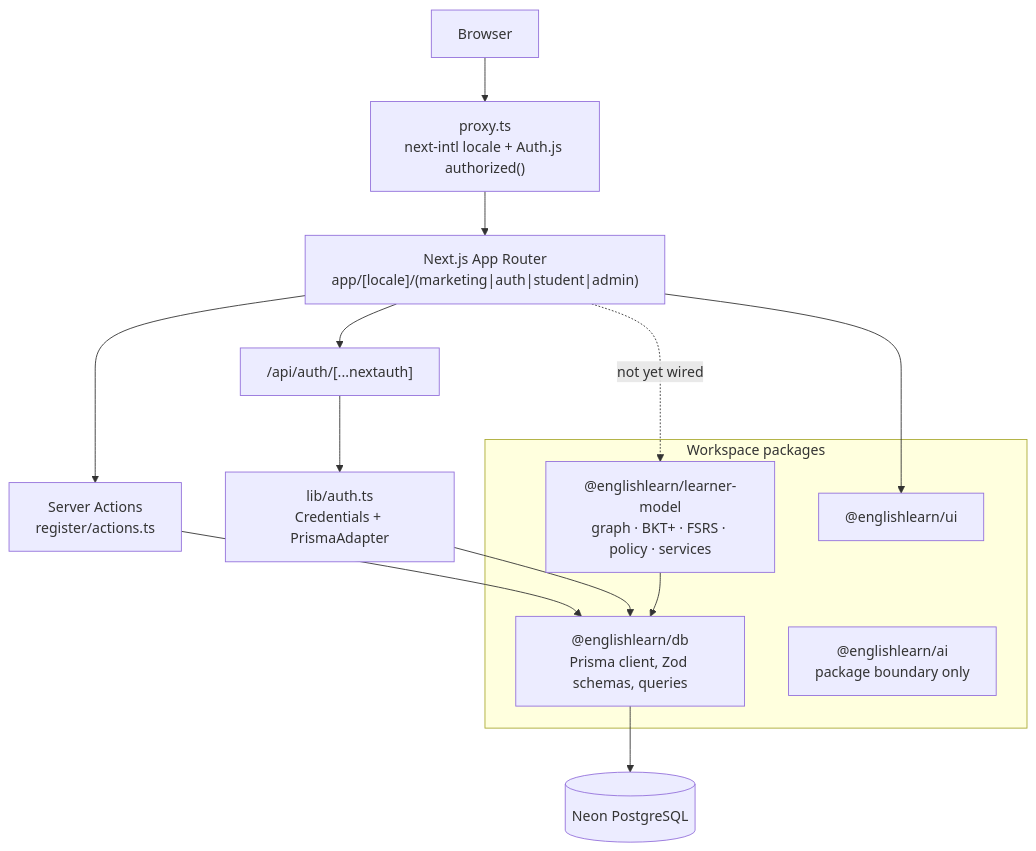
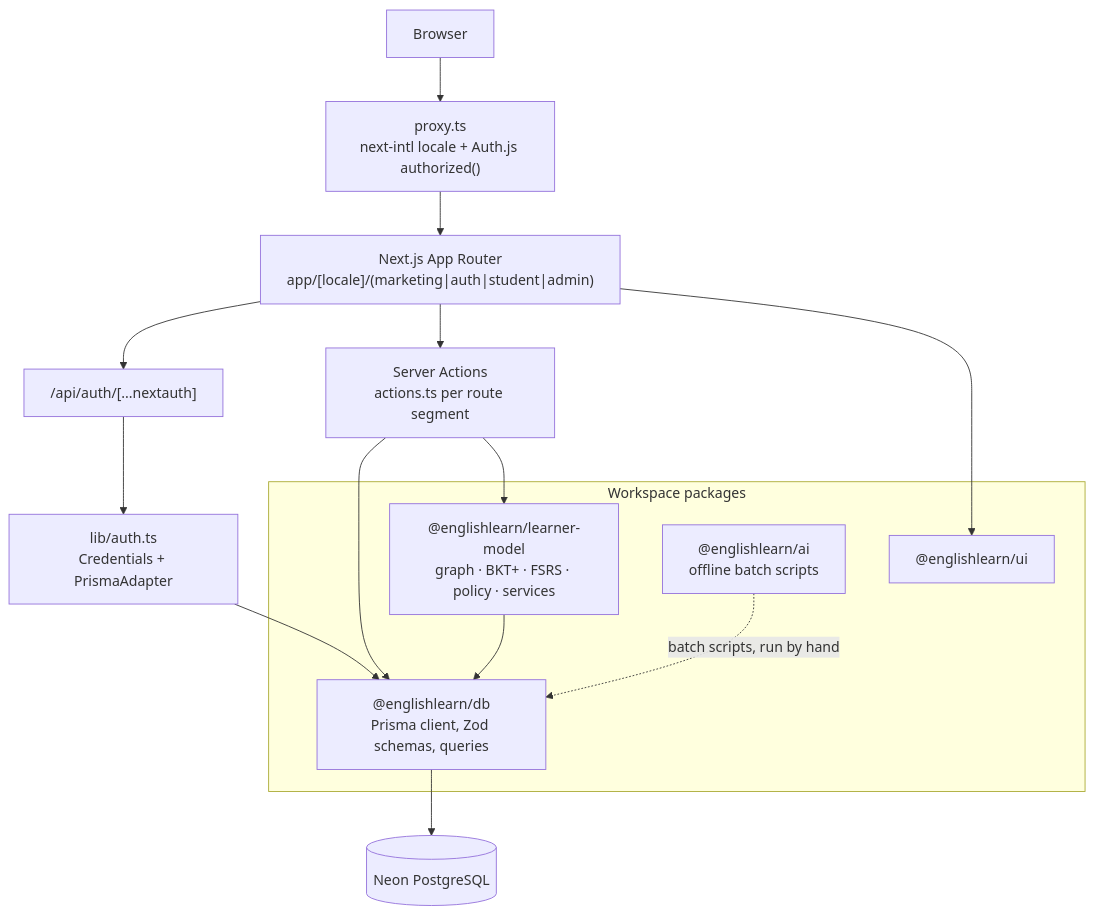
The first of 3 diagrams in README.md (IvanSytnik/english-learn), drawn with Mermaid before and after one commit. The commit also changed other lines of this file, not shown here.

Commit message:
docs(readme): fix stale facts — architecture, structure, seeds, env vars, tests, API, limitations; roadmap links to status sections

````diff
--- a/README.md
+++ b/README.md
@@ -130,23 +132,24 @@
 ```mermaid
 flowchart TB
     Browser["Browser"] --> Proxy["proxy.ts<br/>next-intl locale + Auth.js authorized()"]
     Proxy --> App["Next.js App Router<br/>app/[locale]/(marketing|auth|student|admin)"]
     App --> AuthRoute["/api/auth/[...nextauth]"]
-    App --> Actions["Server Actions<br/>register/actions.ts"]
+    App --> Actions["Server Actions<br/>actions.ts per route segment"]
 
     AuthRoute --> AuthLib["lib/auth.ts<br/>Credentials + PrismaAdapter"]
     Actions --> DB
     AuthLib --> DB
 
     subgraph packages["Workspace packages"]
         DB["@englishlearn/db<br/>Prisma client, Zod schemas, queries"]
         LM["@englishlearn/learner-model<br/>graph · BKT+ · FSRS · policy · services"]
         UI["@englishlearn/ui"]
-        AI["@englishlearn/ai<br/>package boundary only"]
+        AI["@englishlearn/ai<br/>offline batch scripts"]
     end
 
     App --> UI
-    App -.->|"not yet wired"| LM
+    Actions --> LM
     LM --> DB
+    AI -.->|"batch scripts, run by hand"| DB
     DB --> PG[("Neon PostgreSQL")]
 ```
````
